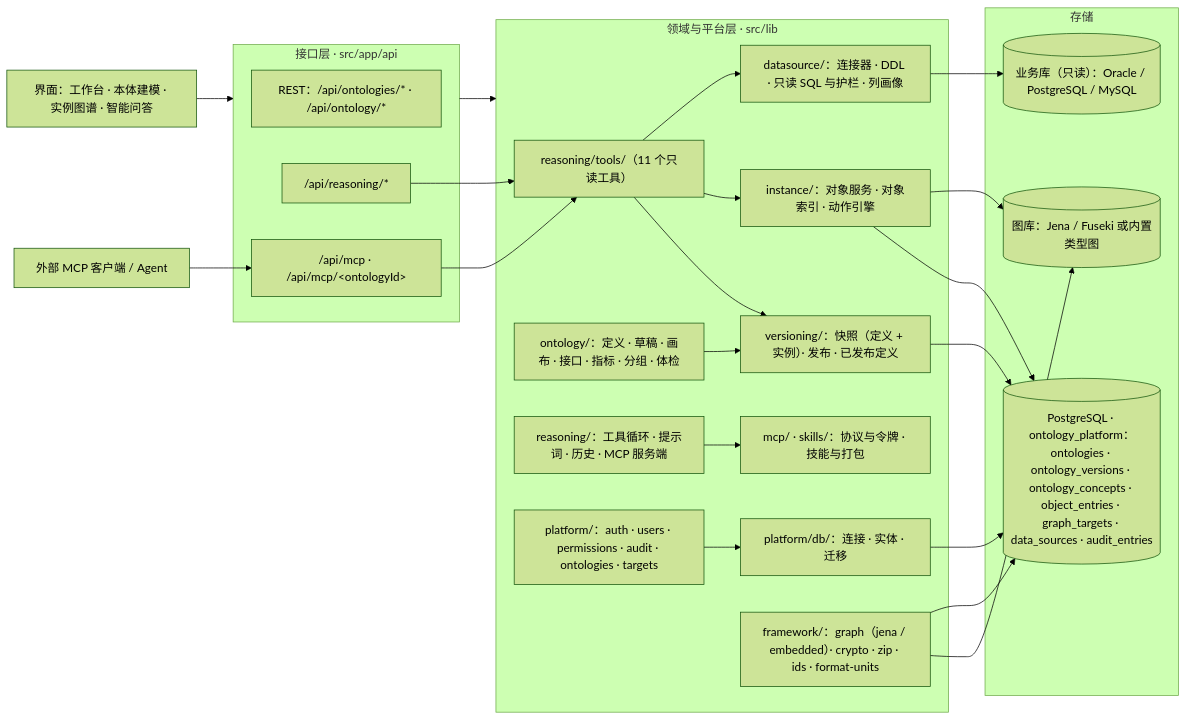
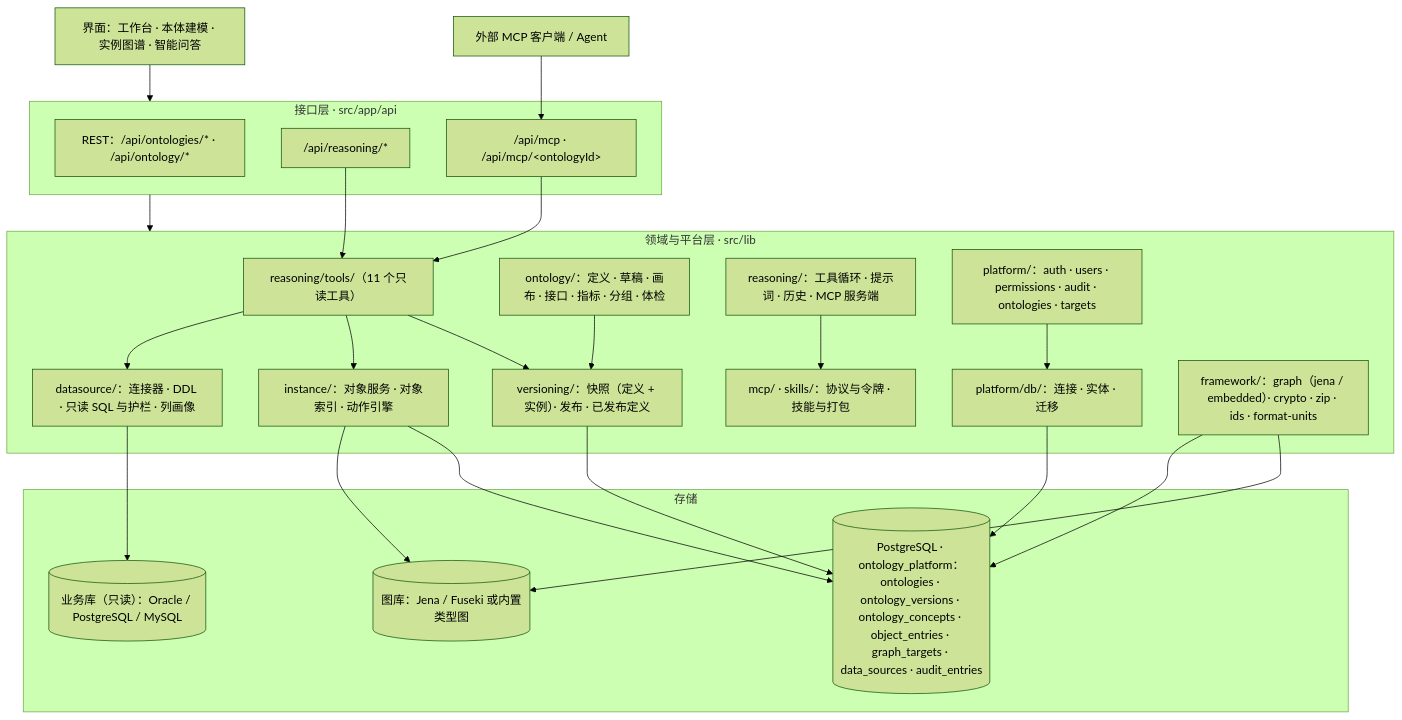
The second of 2 diagrams in README.md (shell-nlp/ontology_management), drawn with Mermaid (forest theme) before and after one commit. The commit also changed other lines of this file, not shown here.

Commit message:
docs: 更新 mermaid 流程图方向从 LR 改为 TB
更新 README.md 中两处 mermaid 流程图的方向定义，将 LR（从左到右）修改为 TB（从上到下），以便在 GitHub 和编辑器中正确渲染流程图布局。

````diff
--- a/README.md
+++ b/README.md
@@ -702,49 +702,49 @@
 ```mermaid
-flowchart LR
+flowchart TB
   UI["界面：工作台 · 本体建模 · 实例图谱 · 智能问答"]
   EXT["外部 MCP 客户端 / Agent"]
 
   subgraph L_API["接口层 · src/app/api"]
     REST["REST：/api/ontologies/* · /api/ontology/*"]
     RUN["/api/reasoning/*"]
     MCPE["/api/mcp · /api/mcp/&lt;ontologyId&gt;"]
   end
 
   subgraph L_DOMAIN["领域与平台层 · src/lib"]
     TOOLS["reasoning/tools/（11 个只读工具）"]
     ONTO["ontology/：定义 · 草稿 · 画布 · 接口 · 指标 · 分组 · 体检"]
     VER["versioning/：快照（定义 + 实例）· 发布 · 已发布定义"]
     INST["instance/：对象服务 · 对象索引 · 动作引擎"]
     DS["datasource/：连接器 · DDL · 只读 SQL 与护栏 · 列画像"]
     REA["reasoning/：工具循环 · 提示词 · 历史 · MCP 服务端"]
     MS["mcp/ · skills/：协议与令牌 · 技能与打包"]
     PLAT["platform/：auth · users · permissions · audit · ontologies · targets"]
     DBM["platform/db/：连接 · 实体 · 迁移"]
     FW["framework/：graph（jena / embedded）· crypto · zip · ids · format-units"]
   end
 
   subgraph L_STORE["存储"]
     PG[("PostgreSQL · ontology_platform：ontologies · ontology_versions · ontology_concepts · object_entries · graph_targets · data_sources · audit_entries")]
     GRAPH[("图库：Jena / Fuseki 或内置类型图")]
     BIZ[("业务库（只读）：Oracle / PostgreSQL / MySQL")]
   end
 
   UI --> L_API
   EXT --> MCPE
   L_API --> L_DOMAIN
   RUN --> TOOLS
   MCPE --> TOOLS
   TOOLS --> VER
   TOOLS --> INST
   TOOLS --> DS
   ONTO --> VER
   VER --> PG
   INST --> PG
   INST --> GRAPH
   DS --> BIZ
   PLAT --> DBM
   DBM --> PG
   FW --> GRAPH
   FW --> PG
   REA --> MS
 ```
````
